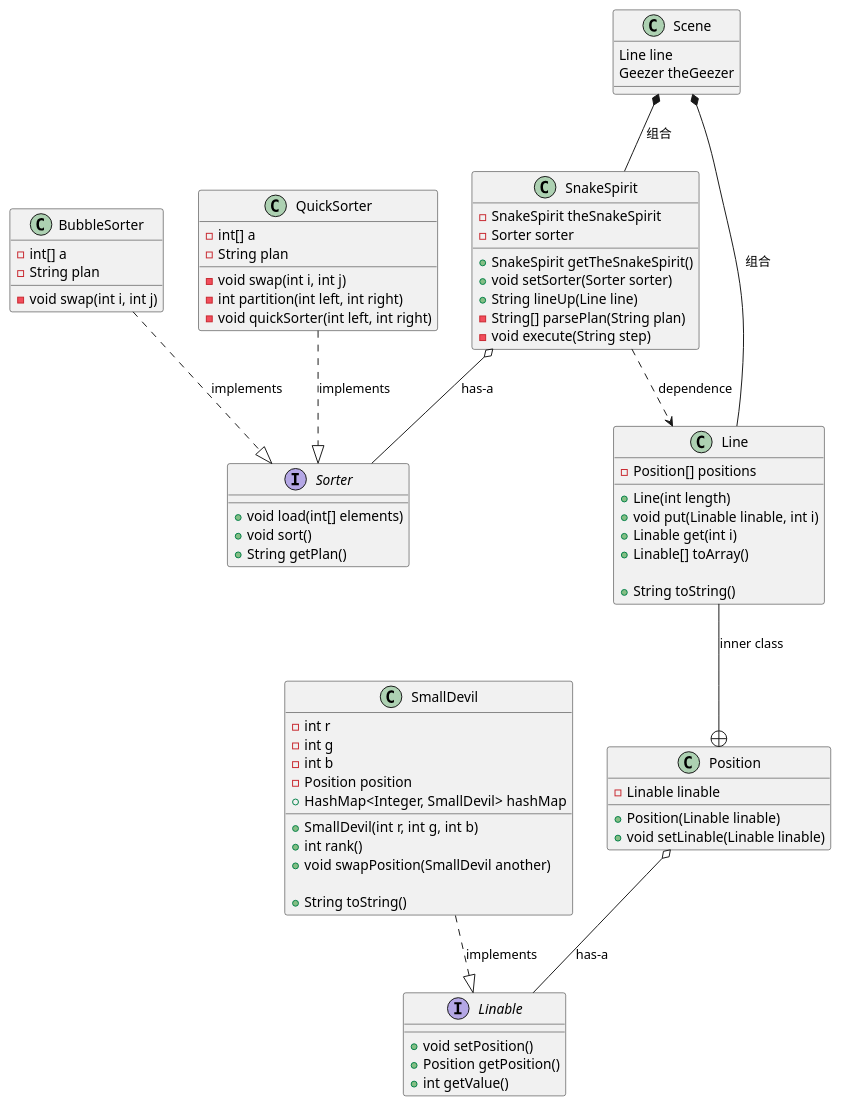
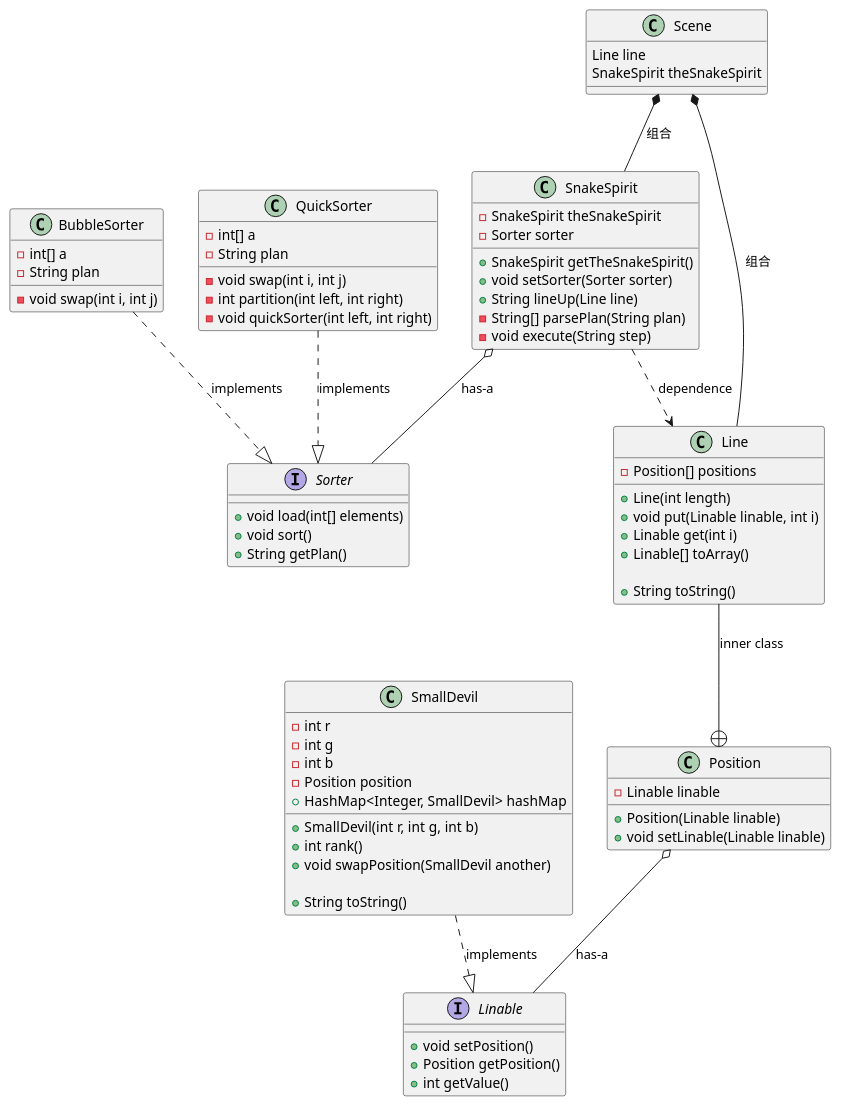
One commit to JOJO-Young/PUBLIC changed the diagram in j02/characters2.pu. Above: the diagram before and after it, drawn with PlantUML.

```diff
--- a/j02/characters2.pu
+++ b/j02/characters2.pu
@@ -1,93 +1,93 @@
 @startuml
 class Line{
 
     -Position[] positions
 
     +Line(int length)
     +void put(Linable linable, int i)
     +Linable get(int i)
     +Linable[] toArray()
 
     +String toString()
 }
 
 Class Position{
 
     -Linable linable
 
     +Position(Linable linable)
     +void setLinable(Linable linable)
 }
 
 Interface Linable{
     
     +void setPosition()
     +Position getPosition()
     +int getValue()
 }
 
 Interface Sorter{
     
     +void load(int[] elements)
     +void sort()
     +String getPlan()
 }
 Class SmallDevil{
 
     -int r
     -int g
     -int b
     -Position position
     +HashMap<Integer, SmallDevil> hashMap
 
     +SmallDevil(int r, int g, int b)
     +int rank()
     +void swapPosition(SmallDevil another)
 
     +String toString()
 }
 
 Class BubbleSorter{
 
     -int[] a
     -String plan
 
     -void swap(int i, int j)
 }
 
 Class QuickSorter{
     -int[] a
     -String plan
     
     -void swap(int i, int j)
     -int partition(int left, int right)
     -void quickSorter(int left, int right)
 }
  
 Class SnakeSpirit{
 
     -SnakeSpirit theSnakeSpirit
     -Sorter sorter
     
     +SnakeSpirit getTheSnakeSpirit()
     +void setSorter(Sorter sorter)
     +String lineUp(Line line)
     -String[] parsePlan(String plan)
     -void execute(String step)
 }
 
 Class Scene{
     Line line
-    Geezer theGeezer
+    SnakeSpirit theSnakeSpirit
 }
 
 Scene *-- Line : 组合
 Scene *-- SnakeSpirit : 组合
 SnakeSpirit ..> Line : dependence
 Line --+ Position: inner class
 SmallDevil ..|> Linable : implements
 BubbleSorter ..|> Sorter : implements
 QuickSorter ..|> Sorter : implements
 Position o-- Linable : has-a
 SnakeSpirit o-- Sorter : has-a
 @enduml
```
